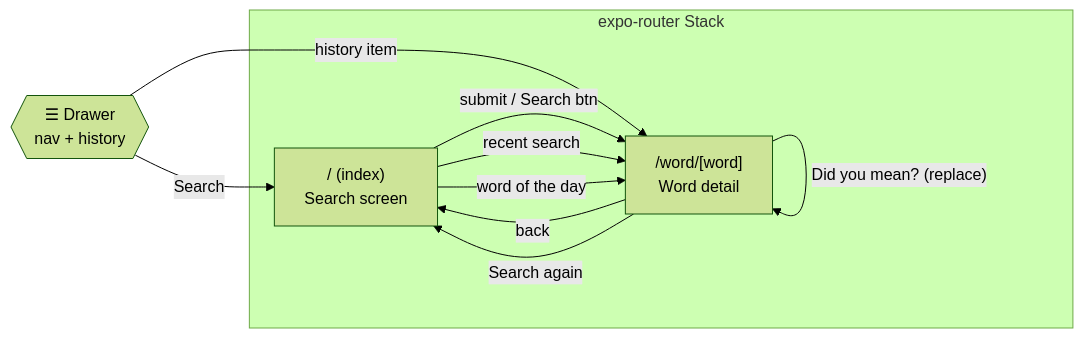
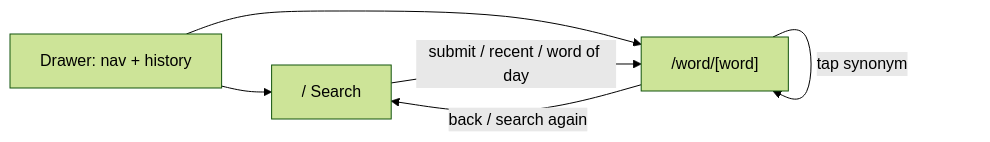
Before and after one commit to Irere123/expo-template: the first of 2 diagrams in docs/design.md, drawn with Mermaid (forest theme). The commit also changed other lines of this file and 5 other files, not shown here.

First line of the commit message:
docs: tighten prose and make diagrams Excalidraw-friendly

````diff
--- a/docs/design.md
+++ b/docs/design.md
@@ -5,19 +5,11 @@
 ```mermaid
 flowchart LR
-    Drawer{{"☰ Drawer\nnav + history"}}
-
-    subgraph Stack["expo-router Stack"]
-        Index["/ (index)\nSearch screen"]
-        WordScreen["/word/[word]\nWord detail"]
-    end
-
-    Drawer -->|"Search"| Index
-    Drawer -->|"history item"| WordScreen
-    Index -->|"submit / Search btn"| WordScreen
-    Index -->|"recent search"| WordScreen
-    Index -->|"word of the day"| WordScreen
-    WordScreen -->|"tap synonym (push)"| WordScreen
-    WordScreen -->|"Did you mean? (replace)"| WordScreen
-    WordScreen -->|"back"| Index
-    WordScreen -->|"Search again"| Index
+  Drawer["Drawer: nav + history"]
+  Index["/ Search"]
+  Word["/word/[word]"]
+  Drawer --> Index
+  Drawer --> Word
+  Index -->|submit / recent / word of day| Word
+  Word -->|tap synonym| Word
+  Word -->|back / search again| Index
 ```
````
